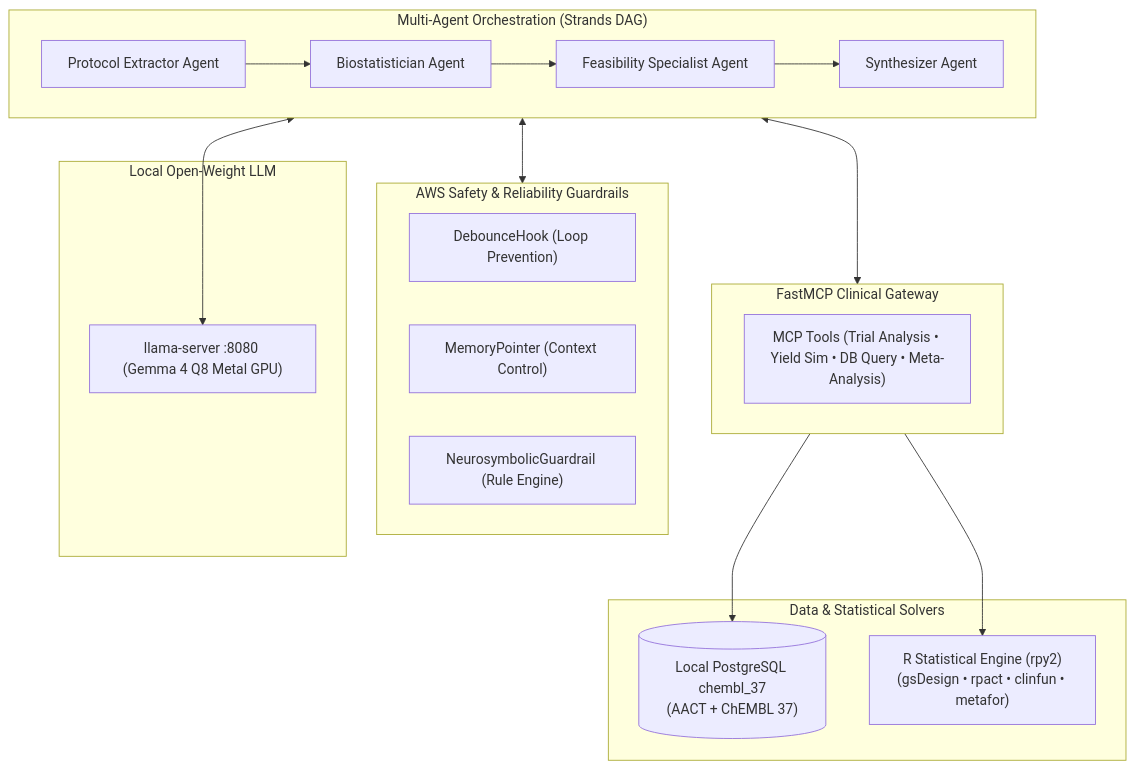
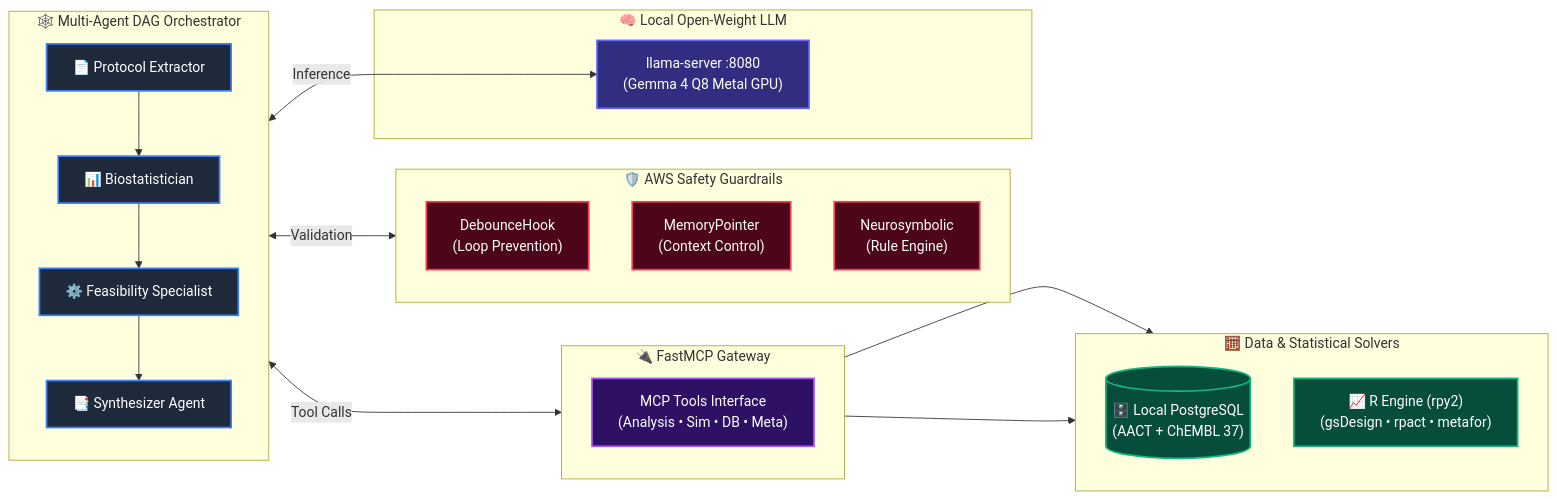
One commit to leelasd/local_clintrial_agent changed the diagram in README.md. Above: the diagram before and after it, drawn with Mermaid.

Commit message:
docs(mermaid): enhance architecture diagram readability with LR layout, icons, labeled edges, and color-coded themes

````diff
--- a/README.md
+++ b/README.md
@@ -9,33 +9,48 @@
 ```mermaid
-flowchart TD
-    subgraph MultiAgent ["Multi-Agent Orchestration (Strands DAG)"]
-        PE["Protocol Extractor Agent"] --> BS["Biostatistician Agent"]
-        BS --> FS["Feasibility Specialist Agent"]
-        FS --> SY["Synthesizer Agent"]
+flowchart LR
+    subgraph Agents ["🕸️ Multi-Agent DAG Orchestrator"]
+        direction TB
+        PE["📄 Protocol Extractor"] --> BS["📊 Biostatistician"]
+        BS --> FS["⚙️ Feasibility Specialist"]
+        FS --> SY["📑 Synthesizer Agent"]
     end
 
-    subgraph Guardrails ["AWS Safety & Reliability Guardrails"]
-        Debounce["DebounceHook (Loop Prevention)"]
-        MemPointer["MemoryPointer (Context Control)"]
-        NeuroGuard["NeurosymbolicGuardrail (Rule Engine)"]
+    subgraph LLM ["🧠 Local Open-Weight LLM"]
+        Gemma["llama-server :8080<br/>(Gemma 4 Q8 Metal GPU)"]
     end
 
-    subgraph LLM ["Local Open-Weight LLM"]
-        Gemma["llama-server :8080 (Gemma 4 Q8 Metal GPU)"]
+    subgraph Guardrails ["🛡️ AWS Safety Guardrails"]
+        direction TB
+        Debounce["DebounceHook<br/>(Loop Prevention)"]
+        MemPointer["MemoryPointer<br/>(Context Control)"]
+        NeuroGuard["Neurosymbolic<br/>(Rule Engine)"]
     end
 
-    subgraph MCP ["FastMCP Clinical Gateway"]
-        Tools["MCP Tools (Trial Analysis • Yield Sim • DB Query • Meta-Analysis)"]
+    subgraph MCP ["🔌 FastMCP Gateway"]
+        Tools["MCP Tools Interface<br/>(Analysis • Sim • DB • Meta)"]
     end
 
-    subgraph Core ["Data & Statistical Solvers"]
-        PostgreSQL[("Local PostgreSQL chembl_37<br/>(AACT + ChEMBL 37)")]
-        RBridge["R Statistical Engine (rpy2)<br/>(gsDesign • rpact • clinfun • metafor)"]
+    subgraph Solvers ["🧮 Data & Statistical Solvers"]
+        direction TB
+        PostgreSQL[("🗄️ Local PostgreSQL<br/>(AACT + ChEMBL 37)")]
+        RBridge["📈 R Engine (rpy2)<br/>(gsDesign • rpact • metafor)"]
     end
 
-    MultiAgent <--> Guardrails
-    MultiAgent <--> Gemma
-    MultiAgent <--> MCP
+    Agents <-->|Inference| Gemma
+    Agents <-->|Validation| Guardrails
+    Agents <-->|Tool Calls| MCP
     MCP --> PostgreSQL
     MCP --> RBridge
+
+    classDef agent fill:#1e293b,stroke:#3b82f6,stroke-width:2px,color:#fff;
+    classDef llm fill:#312e81,stroke:#6366f1,stroke-width:2px,color:#fff;
+    classDef guard fill:#4c0519,stroke:#f43f5e,stroke-width:2px,color:#fff;
+    classDef mcp fill:#2e1065,stroke:#a855f7,stroke-width:2px,color:#fff;
+    classDef solver fill:#064e3b,stroke:#10b981,stroke-width:2px,color:#fff;
+
+    class PE,BS,FS,SY agent;
+    class Gemma llm;
+    class Debounce,MemPointer,NeuroGuard guard;
+    class Tools mcp;
+    class PostgreSQL,RBridge solver;
 ```
````
